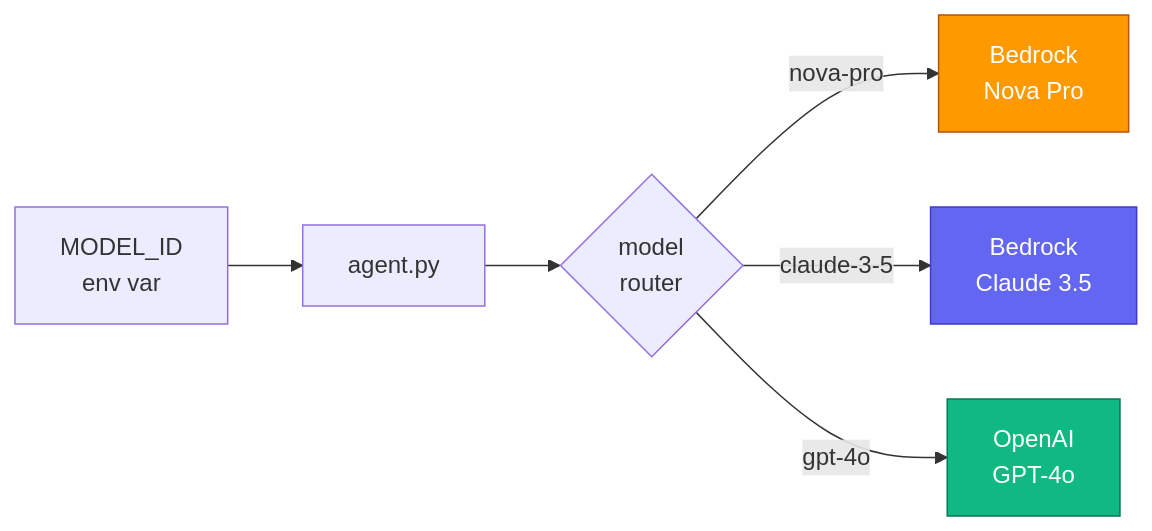
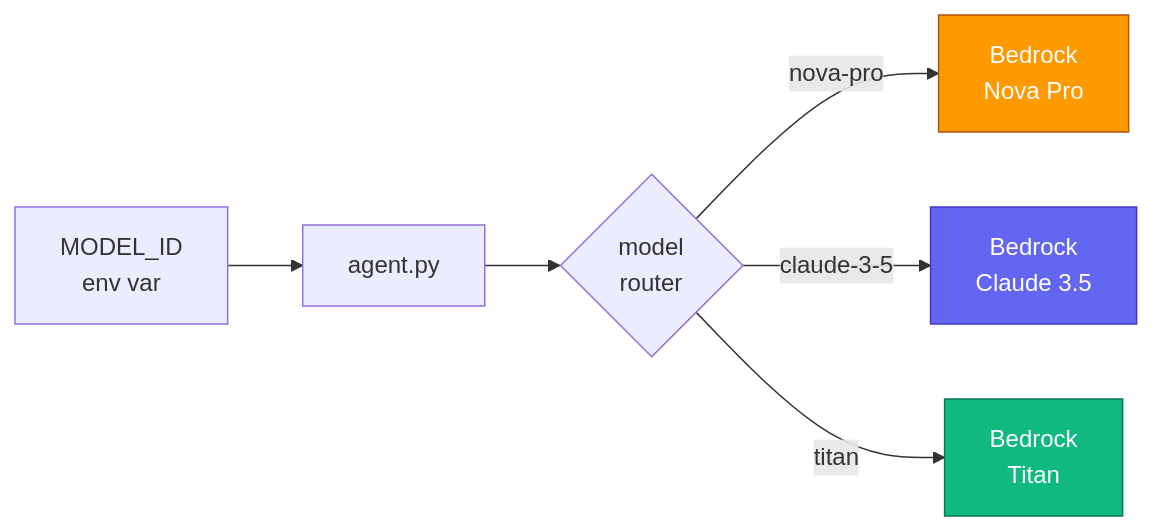
Before and after one commit to anveshmuppeda/agents-on-aws: the first of 3 diagrams in 01-runtime/010-runtime-any-model/README.md, drawn with Mermaid. The commit also changed other lines of this file and 38 other files, not shown here.

````diff
--- a/01-runtime/010-runtime-any-model/README.md
+++ b/01-runtime/010-runtime-any-model/README.md
@@ -56,16 +58,16 @@
 ```mermaid
 flowchart LR
     ENV["MODEL_ID
 env var"] --> APP["agent.py"]
     APP --> R{"model
 router"}
     R -- "nova-pro"    --> NOVA["Bedrock
 Nova Pro"]
     R -- "claude-3-5"  --> CLD["Bedrock
 Claude 3.5"]
-    R -- "gpt-4o"      --> GPT["OpenAI
-GPT-4o"]
+    R -- "titan"       --> TITAN["Bedrock
+Titan"]
     style NOVA fill:#ff9900,color:#fff,stroke:#b45309
     style CLD  fill:#6366f1,color:#fff,stroke:#4338ca
-    style GPT  fill:#10b981,color:#fff,stroke:#047857
+    style TITAN fill:#10b981,color:#fff,stroke:#047857
 ```
````
